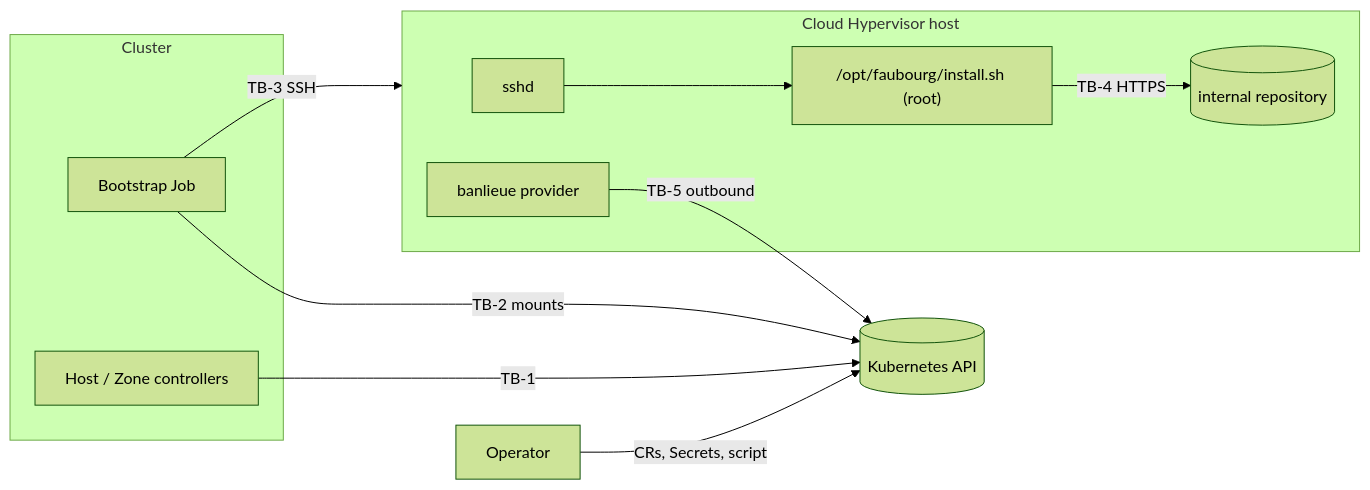
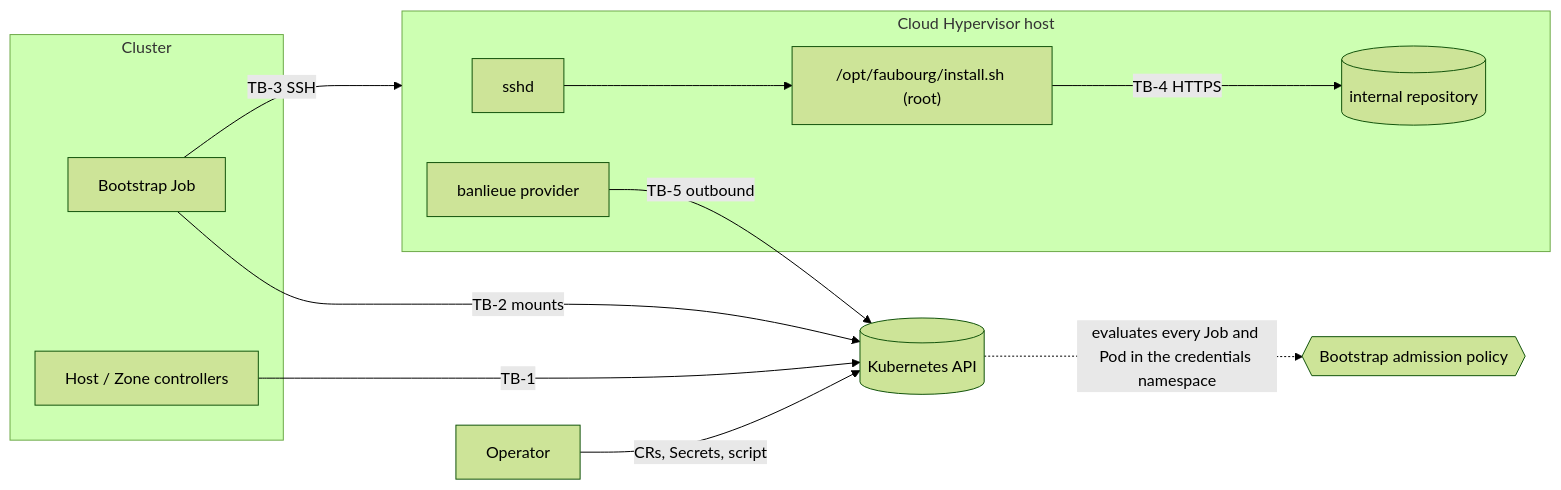
Before and after one commit to firestoned/faubourg: the diagram in docs/security/threat-model.md, drawn with Mermaid (forest theme). The commit also changed other lines of this file and 26 other files, not shown here.

First line of the commit message:
feat(controller): bootstrap Job builder under an admission policy (ADR-0008, roadmap 01) (#3)

````diff
--- a/docs/security/threat-model.md
+++ b/docs/security/threat-model.md
@@ -64,17 +73,18 @@
 ```mermaid
 flowchart LR
     op[Operator] -->|CRs, Secrets, script| kube[(Kubernetes API)]
     subgraph cluster [Cluster]
         ctl[Host / Zone controllers]
         job[Bootstrap Job]
     end
+    kube -.->|evaluates every Job and Pod in the credentials namespace| vap{{Bootstrap admission policy}}
     ctl -->|TB-1| kube
     job -->|TB-2 mounts| kube
     job -->|TB-3 SSH| host
     subgraph host [Cloud Hypervisor host]
         sshd[sshd] --> script["/opt/faubourg/install.sh (root)"]
         script -->|TB-4 HTTPS| repo[(internal repository)]
         prov[banlieue provider]
     end
     prov -->|TB-5 outbound| kube
 ```
````
